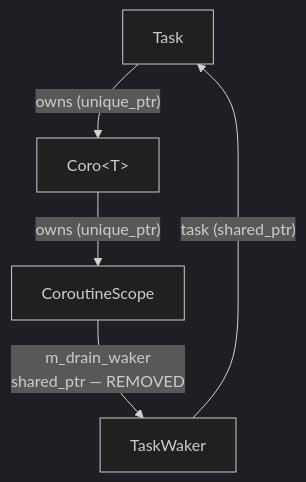
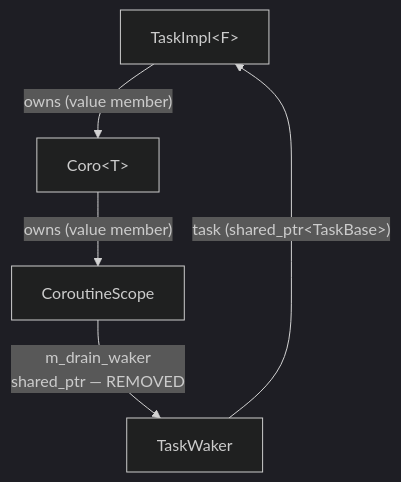
The first of 4 diagrams in doc/shared_ptr_cycles.md (bts164/coro), drawn with Mermaid (dark theme) before and after one commit. The commit also changed other lines of this file and 24 other files, not shown here.

````diff
--- a/doc/shared_ptr_cycles.md
+++ b/doc/shared_ptr_cycles.md
@@ -74,7 +80,7 @@
 ```mermaid
 graph TD
-    Task -->|"owns (unique_ptr)"| Coro["Coro&lt;T&gt;"]
-    Coro -->|"owns (unique_ptr)"| Scope["CoroutineScope"]
+    Task["TaskImpl&lt;F&gt;"] -->|"owns (value member)"| Coro["Coro&lt;T&gt;"]
+    Coro -->|"owns (value member)"| Scope["CoroutineScope"]
     Scope -->|"m_drain_waker\nshared_ptr — REMOVED"| TW["TaskWaker"]
-    TW -->|"task (shared_ptr)"| Task
+    TW -->|"task (shared_ptr&lt;TaskBase&gt;)"| Task
 ```
````
